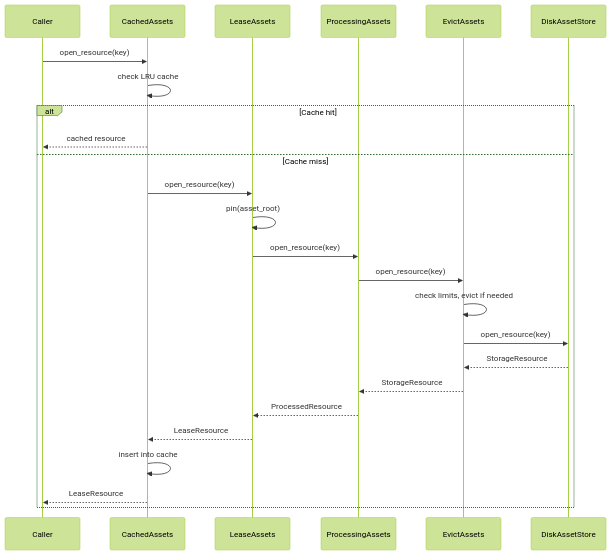
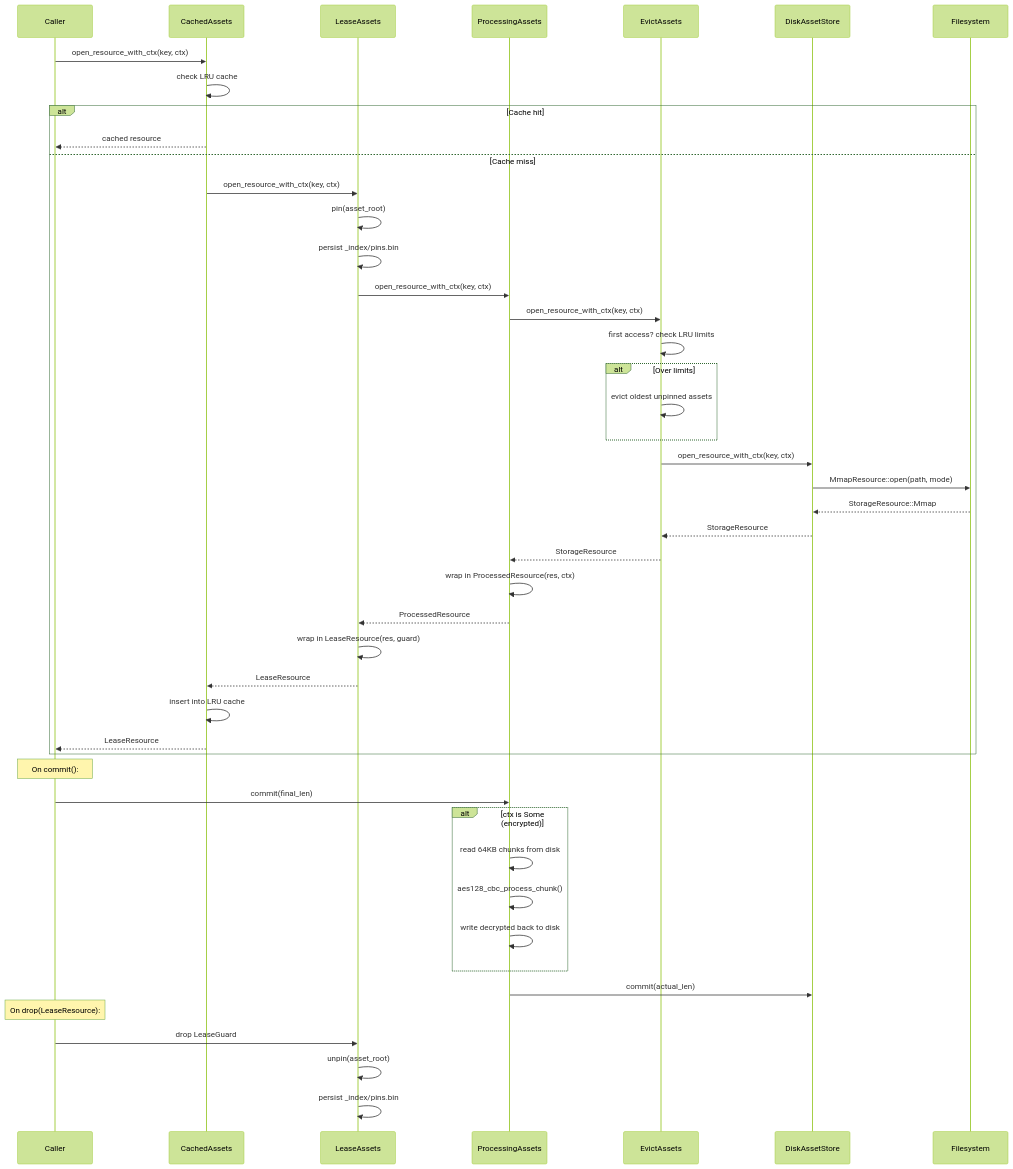
Before and after one commit to zvuk/kithara: the diagram in crates/kithara-assets/README.md, drawn with Mermaid (forest theme). The commit also changed 6 other files, not shown here.

First line of the commit message:
docs: update Mermaid diagrams in READMEs from CODEBASE_ANALYSIS

````diff
--- a/crates/kithara-assets/README.md
+++ b/crates/kithara-assets/README.md
@@ -35,28 +35,51 @@
 ```mermaid
 sequenceDiagram
-    participant C as Caller
-    participant Ca as CachedAssets
-    participant L as LeaseAssets
-    participant P as ProcessingAssets
-    participant E as EvictAssets
-    participant D as DiskAssetStore
+    participant Caller
+    participant Cache as CachedAssets
+    participant Lease as LeaseAssets
+    participant Proc as ProcessingAssets
+    participant Evict as EvictAssets
+    participant Disk as DiskAssetStore
+    participant FS as Filesystem
 
-    C->>Ca: open_resource(key)
-    Ca->>Ca: check LRU cache
+    Caller->>Cache: open_resource_with_ctx(key, ctx)
+    Cache->>Cache: check LRU cache
     alt Cache hit
-        Ca-->>C: cached resource
+        Cache-->>Caller: cached resource
     else Cache miss
-        Ca->>L: open_resource(key)
-        L->>L: pin(asset_root)
-        L->>P: open_resource(key)
-        P->>E: open_resource(key)
-        E->>E: check limits, evict if needed
-        E->>D: open_resource(key)
-        D-->>E: StorageResource
-        E-->>P: StorageResource
-        P-->>L: ProcessedResource
-        L-->>Ca: LeaseResource
-        Ca->>Ca: insert into cache
-        Ca-->>C: LeaseResource
+        Cache->>Lease: open_resource_with_ctx(key, ctx)
+        Lease->>Lease: pin(asset_root)
+        Lease->>Lease: persist _index/pins.bin
+        Lease->>Proc: open_resource_with_ctx(key, ctx)
+        Proc->>Evict: open_resource_with_ctx(key, ctx)
+        Evict->>Evict: first access? check LRU limits
+        alt Over limits
+            Evict->>Evict: evict oldest unpinned assets
+        end
+        Evict->>Disk: open_resource_with_ctx(key, ctx)
+        Disk->>FS: MmapResource::open(path, mode)
+        FS-->>Disk: StorageResource::Mmap
+        Disk-->>Evict: StorageResource
+        Evict-->>Proc: StorageResource
+        Proc->>Proc: wrap in ProcessedResource(res, ctx)
+        Proc-->>Lease: ProcessedResource
+        Lease->>Lease: wrap in LeaseResource(res, guard)
+        Lease-->>Cache: LeaseResource
+        Cache->>Cache: insert into LRU cache
+        Cache-->>Caller: LeaseResource
     end
+
+    Note over Caller: On commit():
+    Caller->>Proc: commit(final_len)
+    alt ctx is Some (encrypted)
+        Proc->>Proc: read 64KB chunks from disk
+        Proc->>Proc: aes128_cbc_process_chunk()
+        Proc->>Proc: write decrypted back to disk
+    end
+    Proc->>Disk: commit(actual_len)
+
+    Note over Caller: On drop(LeaseResource):
+    Caller->>Lease: drop LeaseGuard
+    Lease->>Lease: unpin(asset_root)
+    Lease->>Lease: persist _index/pins.bin
 ```
````
